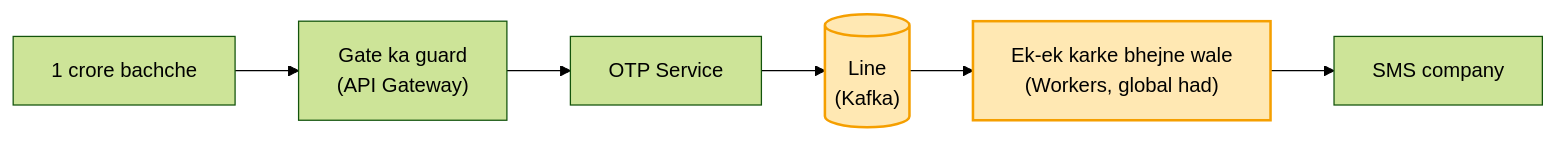
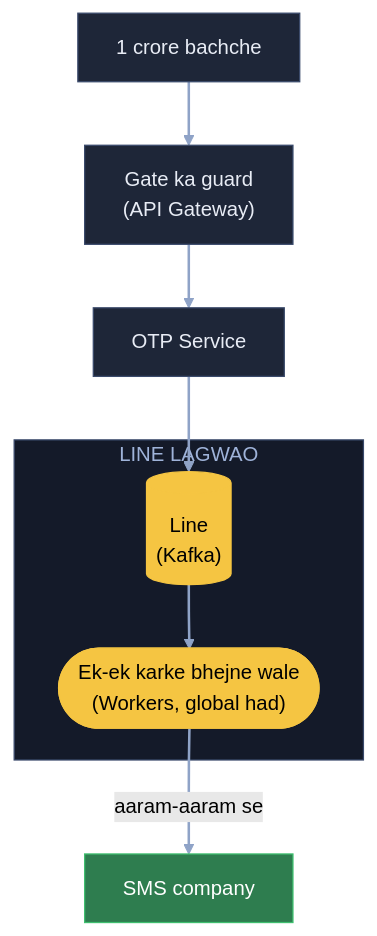
One commit to ArpanMaheshwari144/Prep changed the eighth of 9 diagrams in 04_HLD/SYSTEM_DESIGNS/02_rate_limiter/02_rate_limiter.md. Above: the diagram before and after it, drawn with Mermaid (forest theme). The commit also changed other lines of this file, not shown here.

Commit message:
Rate limiter: 9 diagram YouTube (reel) wale card andaaz me

````diff
--- a/04_HLD/SYSTEM_DESIGNS/02_rate_limiter/02_rate_limiter.md
+++ b/04_HLD/SYSTEM_DESIGNS/02_rate_limiter/02_rate_limiter.md
@@ -185,10 +274,22 @@
 ```mermaid
-flowchart LR
-    U["1 crore bachche"] --> G["Gate ka guard<br/>(API Gateway)"]
-    G --> O["OTP Service"]
-    O --> K[("Line<br/>(Kafka)")]
-    K --> WK["Ek-ek karke bhejne wale<br/>(Workers, global had)"]
-    WK --> SMS["SMS company"]
-    style K fill:#ffe8b3,stroke:#f59f00,stroke-width:2px,color:#000
-    style WK fill:#ffe8b3,stroke:#f59f00,stroke-width:2px,color:#000
+flowchart TB
+    U["1 crore bachche"]:::card
+    G["Gate ka guard<br/>(API Gateway)"]:::card
+    O["OTP Service"]:::card
+    subgraph LN["LINE LAGWAO"]
+        K[("Line<br/>(Kafka)")]:::pill
+        WK(["Ek-ek karke bhejne wale<br/>(Workers, global had)"]):::pill
+    end
+    SMS["SMS company"]:::good
+    U --> G
+    G --> O
+    O --> K
+    K --> WK
+    WK -- "aaram-aaram se" --> SMS
+    linkStyle default stroke:#8fa3c7,stroke-width:2px
+    classDef card fill:#1e2638,stroke:#3a4a6b,color:#e8ecf5
+    classDef pill fill:#f5c542,stroke:#f5c542,color:#000
+    classDef good fill:#2e7d4f,stroke:#3fbf6f,color:#fff
+    classDef bad fill:#5c1f24,stroke:#e05561,color:#fff
+    style LN fill:#141a29,stroke:#3a4a6b,color:#9fb3d9
 ```
````
